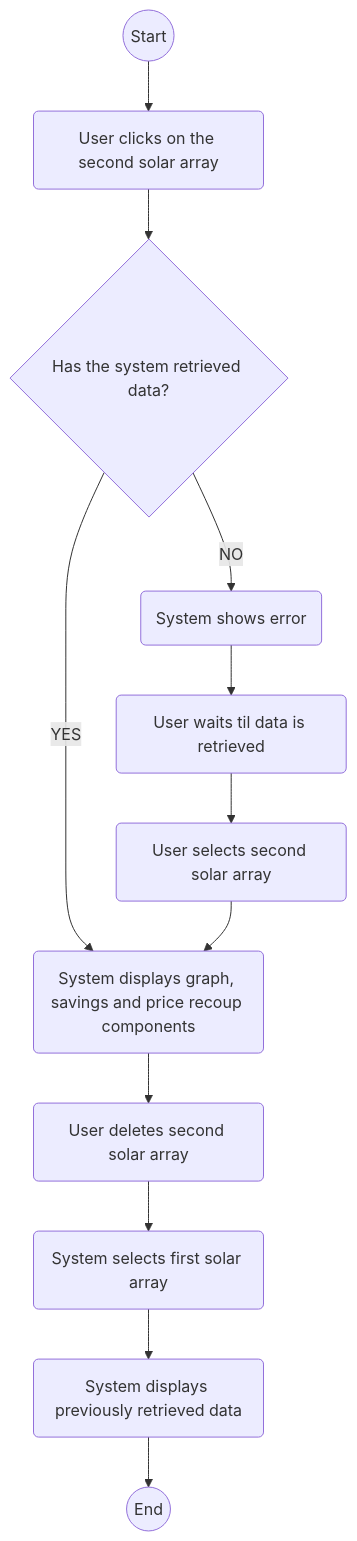
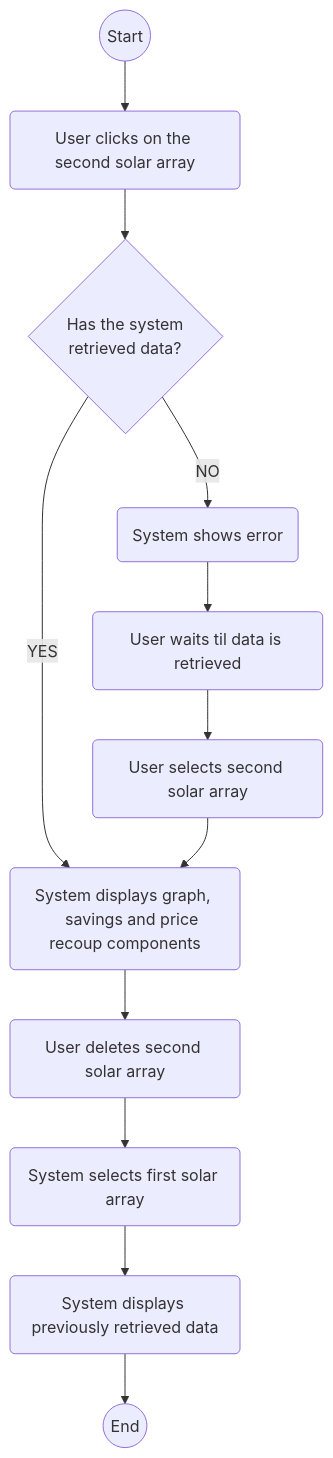
Before and after one commit to pragathiGopal25/SunSaver: the eighth of 8 diagrams in MODELING.md, drawn with Mermaid. The commit also changed other lines of this file, not shown here.

Commit message:
translated everything, added empty fields to activity diagram

````diff
--- a/MODELING.md
+++ b/MODELING.md
@@ -1061,33 +1077,35 @@
 ```mermaid
 flowchart TD;
 
     Start((Start))
     SelectSecond(User clicks on the second solar array)
-    RetrievedData{Has the system retrieved data?}
-    DisplayComponents(System displays graph, savings and price recoup components)
+    RetrievedData{Has the system 
+    retrieved data?}
+    DisplayComponents(System displays graph, 
+    savings and price recoup components)
 
     ShowError(System shows error)
     Wait(User waits til data is retrieved)
     ReSelect(User selects second solar array)
 
     Delete(User deletes second solar array)
     SelectFirst(System selects first solar array)
     DisplayPrev(System displays previously retrieved data)
 
     Start --> SelectSecond
     SelectSecond --> RetrievedData
     RetrievedData --YES--> DisplayComponents 
     RetrievedData --NO--> ShowError
 
     ShowError --> Wait
     Wait --> ReSelect
     ReSelect --> DisplayComponents
 
     DisplayComponents --> Delete
     Delete --> SelectFirst
     SelectFirst --> DisplayPrev
 
     End((End))
 
     DisplayPrev --> End 
 ```
````
